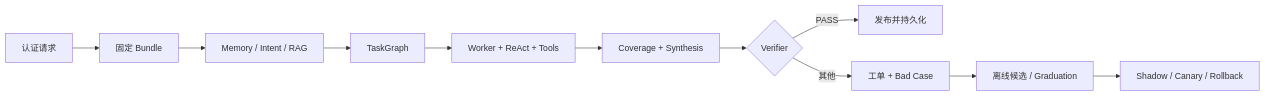
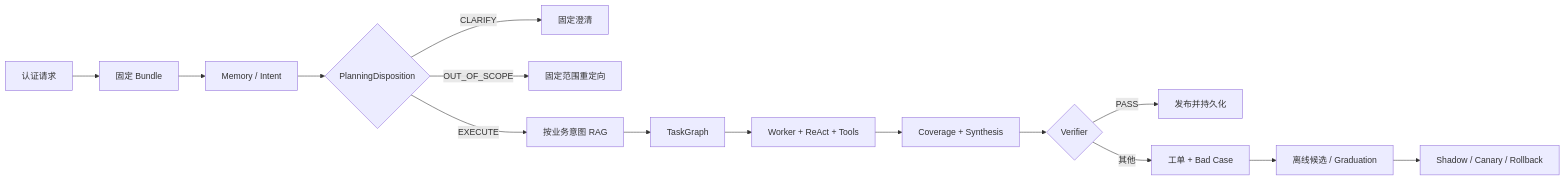
One commit to Garrulus21yyx/DialogPilot changed the diagram in docs/project-pitch.md. Above: the diagram before and after it, drawn with Mermaid. The commit also changed other lines of this file and 19 other files, not shown here.

Commit message:
feat: enforce benign out-of-scope planner boundary

````diff
--- a/docs/project-pitch.md
+++ b/docs/project-pitch.md
@@ -45,13 +48,17 @@
 ```mermaid
 flowchart LR
     A[认证请求] --> B[固定 Bundle]
-    B --> C[Memory / Intent / RAG]
-    C --> D[TaskGraph]
+    B --> C[Memory / Intent]
+    C --> P{PlanningDisposition}
+    P -->|CLARIFY| Q[固定澄清]
+    P -->|OUT_OF_SCOPE| O[固定范围重定向]
+    P -->|EXECUTE| R[按业务意图 RAG]
+    R --> D[TaskGraph]
     D --> E[Worker + ReAct + Tools]
     E --> F[Coverage + Synthesis]
     F --> G{Verifier}
     G -->|PASS| H[发布并持久化]
     G -->|其他| I[工单 + Bad Case]
     I --> J[离线候选 / Graduation]
     J --> K[Shadow / Canary / Rollback]
 ```
````
